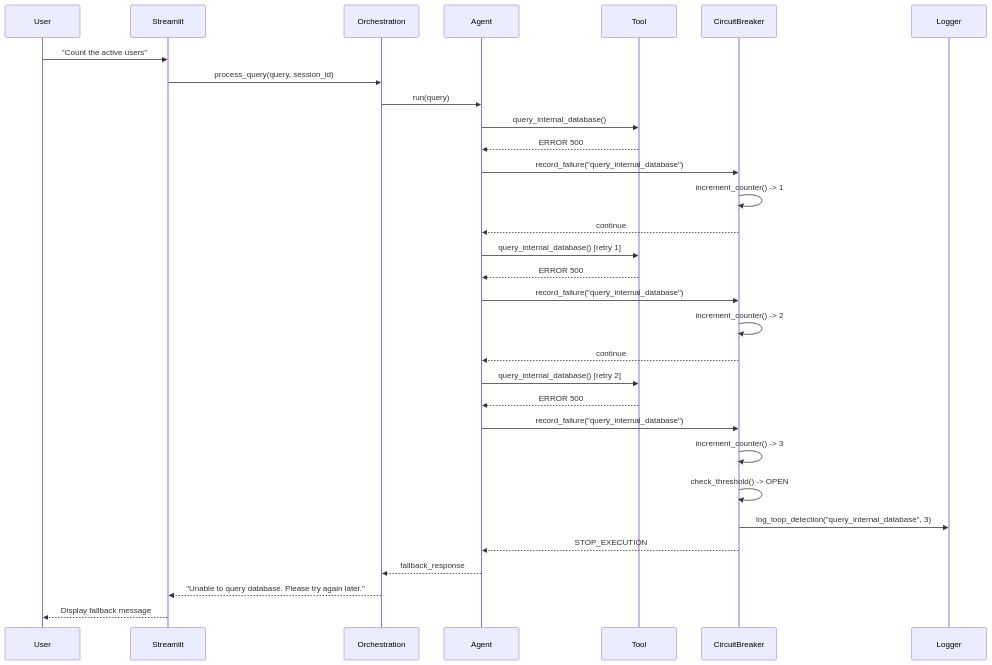
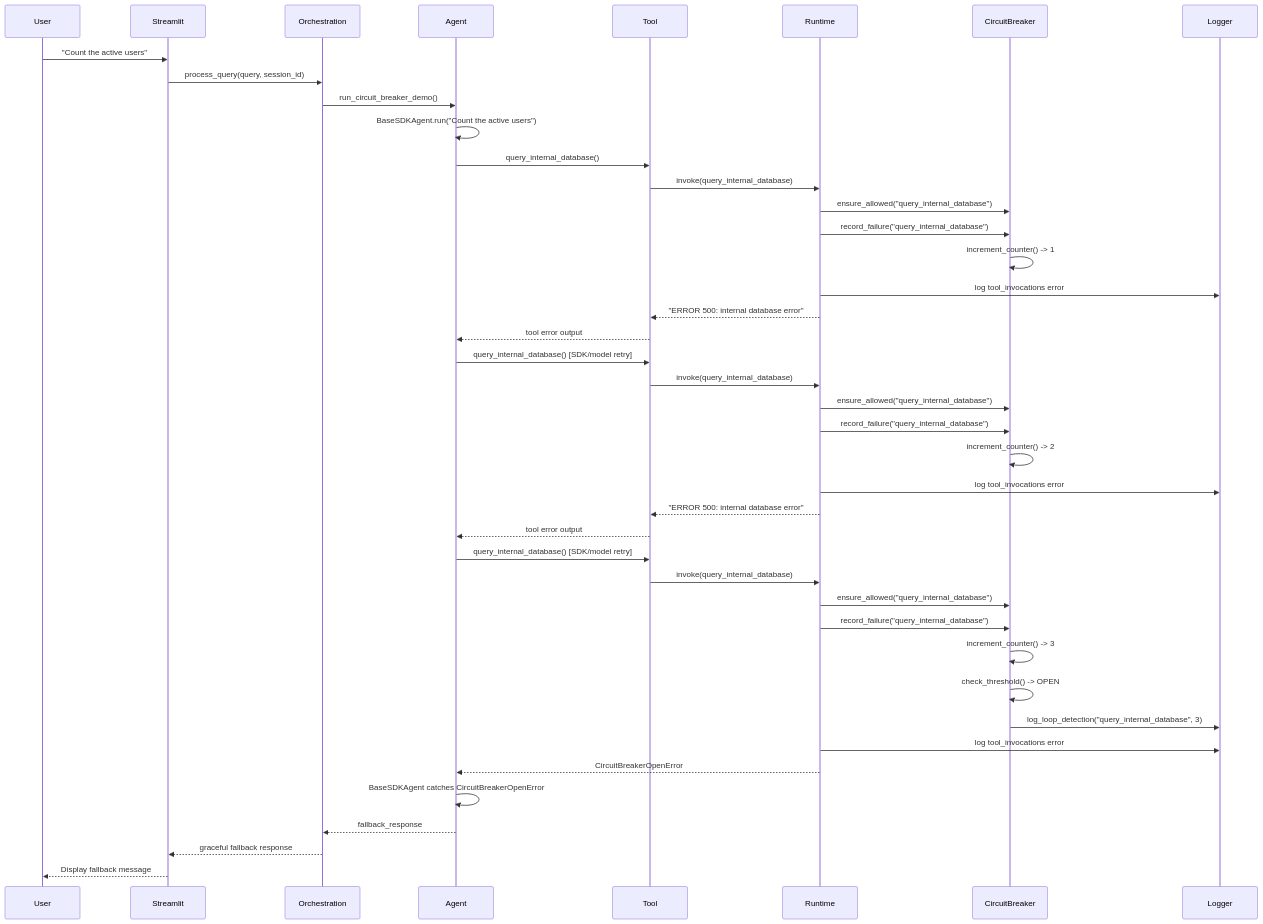
One commit to kshitij-kickdrum/KDU-2026-AI changed the third of 4 diagrams in design.md. Above: the diagram before and after it, drawn with Mermaid. The commit also changed other lines of this file and 5 other files, not shown here.

````diff
--- a/design.md
+++ b/design.md
@@ -141,39 +141,50 @@
 ```mermaid
 sequenceDiagram
     participant User
     participant Streamlit
     participant Orchestration
     participant Agent
     participant Tool
+    participant Runtime
     participant CircuitBreaker
     participant Logger
 
     User->>Streamlit: "Count the active users"
     Streamlit->>Orchestration: process_query(query, session_id)
-    Orchestration->>Agent: run(query)
+    Orchestration->>Agent: run_circuit_breaker_demo()
+    Agent->>Agent: BaseSDKAgent.run("Count the active users")
     
     Agent->>Tool: query_internal_database()
-    Tool-->>Agent: ERROR 500
-    Agent->>CircuitBreaker: record_failure("query_internal_database")
+    Tool->>Runtime: invoke(query_internal_database)
+    Runtime->>CircuitBreaker: ensure_allowed("query_internal_database")
+    Runtime->>CircuitBreaker: record_failure("query_internal_database")
     CircuitBreaker->>CircuitBreaker: increment_counter() -> 1
-    CircuitBreaker-->>Agent: continue
+    Runtime->>Logger: log tool_invocations error
+    Runtime-->>Tool: "ERROR 500: internal database error"
+    Tool-->>Agent: tool error output
 
-    Agent->>Tool: query_internal_database() [retry 1]
-    Tool-->>Agent: ERROR 500
-    Agent->>CircuitBreaker: record_failure("query_internal_database")
+    Agent->>Tool: query_internal_database() [SDK/model retry]
+    Tool->>Runtime: invoke(query_internal_database)
+    Runtime->>CircuitBreaker: ensure_allowed("query_internal_database")
+    Runtime->>CircuitBreaker: record_failure("query_internal_database")
     CircuitBreaker->>CircuitBreaker: increment_counter() -> 2
-    CircuitBreaker-->>Agent: continue
+    Runtime->>Logger: log tool_invocations error
+    Runtime-->>Tool: "ERROR 500: internal database error"
+    Tool-->>Agent: tool error output
 
-    Agent->>Tool: query_internal_database() [retry 2]
-    Tool-->>Agent: ERROR 500
-    Agent->>CircuitBreaker: record_failure("query_internal_database")
+    Agent->>Tool: query_internal_database() [SDK/model retry]
+    Tool->>Runtime: invoke(query_internal_database)
+    Runtime->>CircuitBreaker: ensure_allowed("query_internal_database")
+    Runtime->>CircuitBreaker: record_failure("query_internal_database")
     CircuitBreaker->>CircuitBreaker: increment_counter() -> 3
     CircuitBreaker->>CircuitBreaker: check_threshold() -> OPEN
 
     CircuitBreaker->>Logger: log_loop_detection("query_internal_database", 3)
-    CircuitBreaker-->>Agent: STOP_EXECUTION
+    Runtime->>Logger: log tool_invocations error
+    Runtime-->>Agent: CircuitBreakerOpenError
 
+    Agent->>Agent: BaseSDKAgent catches CircuitBreakerOpenError
     Agent-->>Orchestration: fallback_response
-    Orchestration-->>Streamlit: "Unable to query database. Please try again later."
+    Orchestration-->>Streamlit: graceful fallback response
     Streamlit-->>User: Display fallback message
 ```
````
